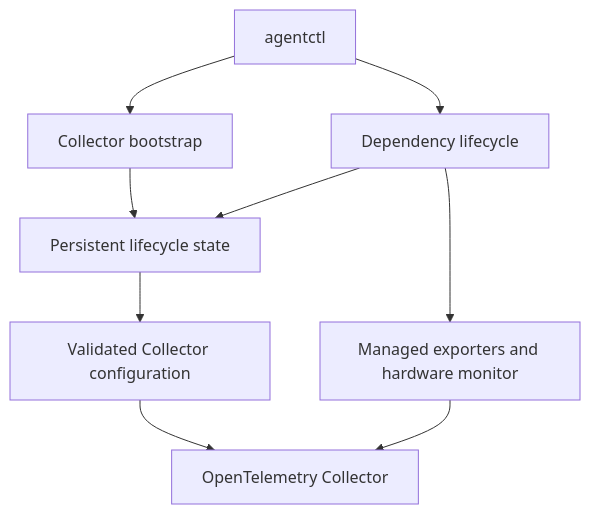
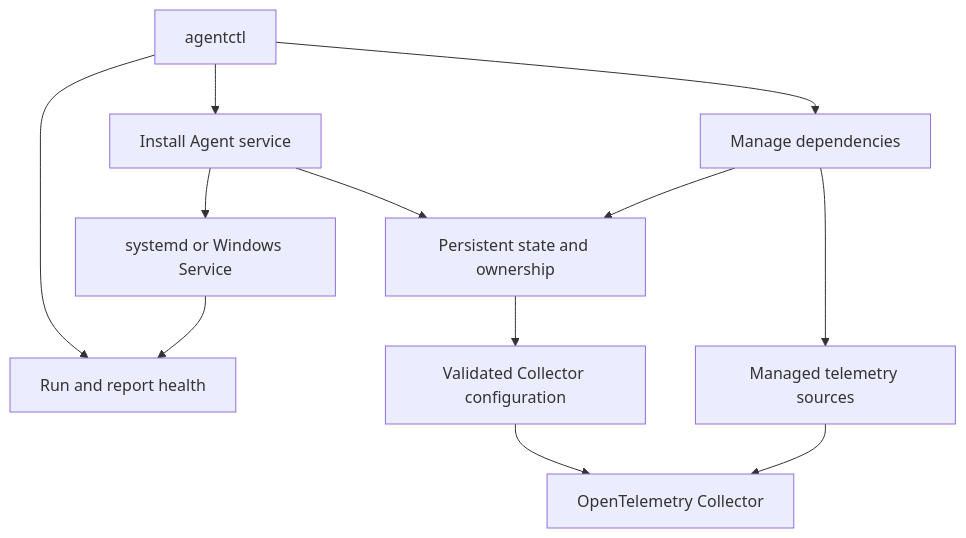
The diagram in docs/README.md (AR-IMMS/telemetry-agent), drawn with Mermaid before and after one commit. The commit also changed other lines of this file and 29 other files, not shown here.

First line of the commit message:
feat(agentctl): install Agent as managed service

````diff
--- a/docs/README.md
+++ b/docs/README.md
@@ -81,13 +88,16 @@
 ```mermaid
 flowchart TD
-    CLI["agentctl"] --> Bootstrap["Collector bootstrap"]
-    CLI --> Lifecycle["Dependency lifecycle"]
+    CLI["agentctl"] --> Install["Install Agent service"]
+    CLI --> Runtime["Run and report health"]
+    CLI --> Lifecycle["Manage dependencies"]
 
-    Bootstrap --> State["Persistent lifecycle state"]
+    Install --> State["Persistent state and ownership"]
+    Install --> Service["systemd or Windows Service"]
+    Service --> Runtime
+
     Lifecycle --> State
-
     State --> Config["Validated Collector configuration"]
     Config --> Collector["OpenTelemetry Collector"]
-    Lifecycle --> Sources["Managed exporters and hardware monitor"]
+    Lifecycle --> Sources["Managed telemetry sources"]
     Sources --> Collector
 ```
````
